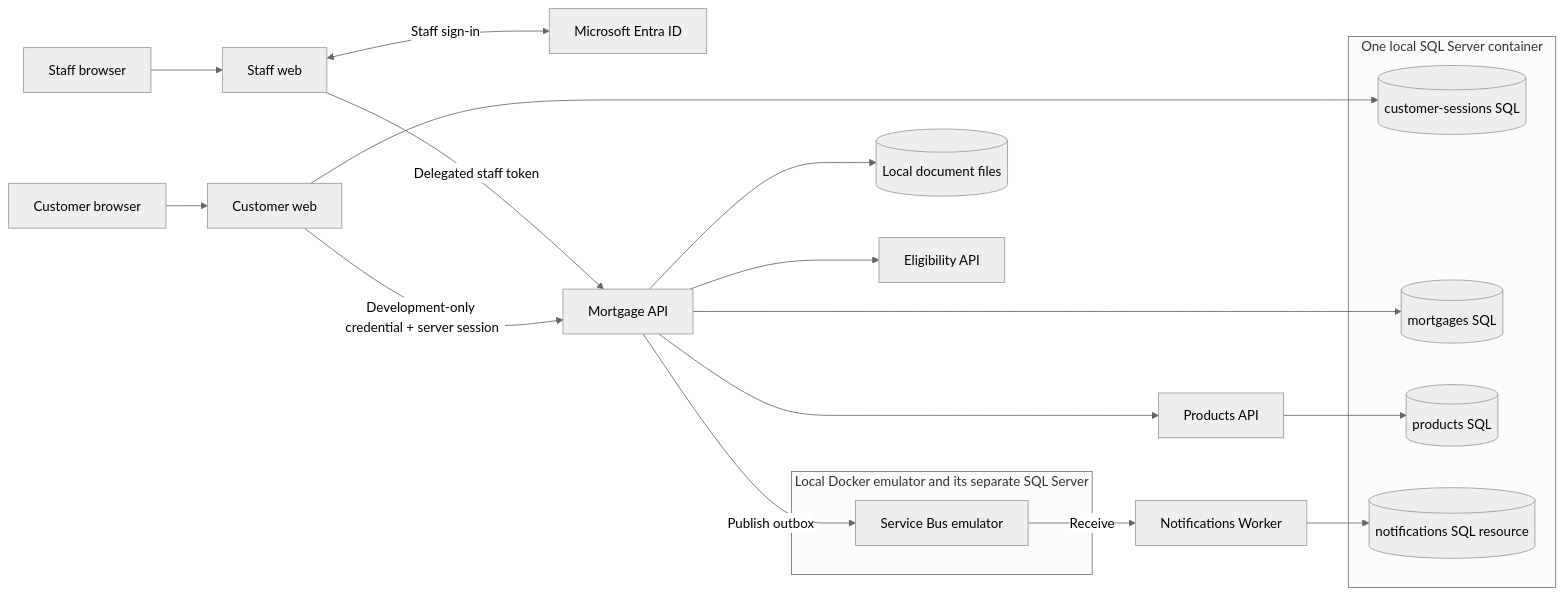
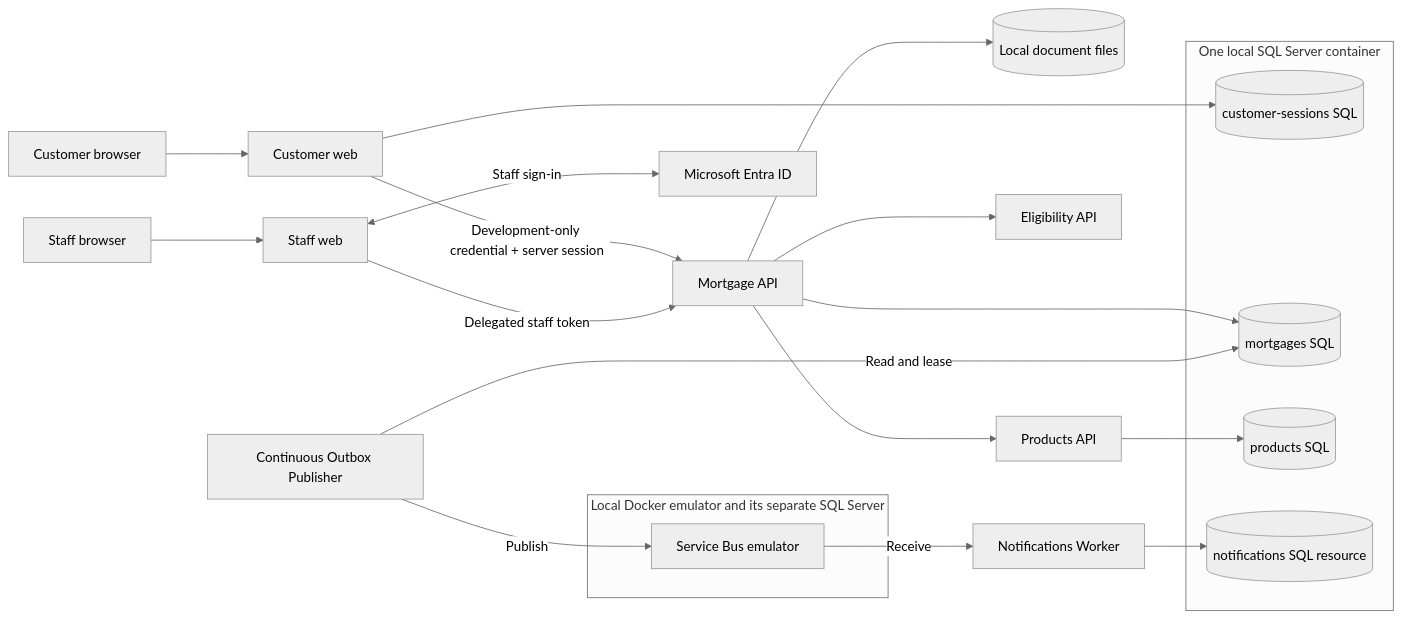
One commit to eyeballpaul/Mortgage-Processing-Application changed the second of 4 diagrams in docs/architecture.md. Above: the diagram before and after it, drawn with Mermaid (neutral theme). The commit also changed other lines of this file and 46 other files, not shown here.

````diff
--- a/docs/architecture.md
+++ b/docs/architecture.md
@@ -90,26 +93,27 @@
 ```mermaid
 flowchart LR
     subgraph Docker["One local SQL Server container"]
         Sessions[(customer-sessions SQL)]
         Mortgage[(mortgages SQL)]
         ProductDb[(products SQL)]
         Notifications[(notifications SQL resource)]
     end
     subgraph Emulator["Local Docker emulator and its separate SQL Server"]
         Bus[Service Bus emulator]
     end
     Browser[Customer browser] --> Customer[Customer web]
     StaffBrowser[Staff browser] --> Staff[Staff web]
     Staff <-->|Staff sign-in| Entra[Microsoft Entra ID]
     Customer -->|Development-only credential + server session| API[Mortgage API]
     Staff -->|Delegated staff token| API
     Customer --> Sessions
     API --> Mortgage
     API --> Documents[(Local document files)]
     API --> Products[Products API]
     API --> Eligibility[Eligibility API]
     Products --> ProductDb
-    API -->|Publish outbox| Bus
+    Publisher[Continuous Outbox Publisher] -->|Read and lease| Mortgage
+    Publisher -->|Publish| Bus
     Bus -->|Receive| Worker[Notifications Worker]
     Worker --> Notifications
 ```
````
